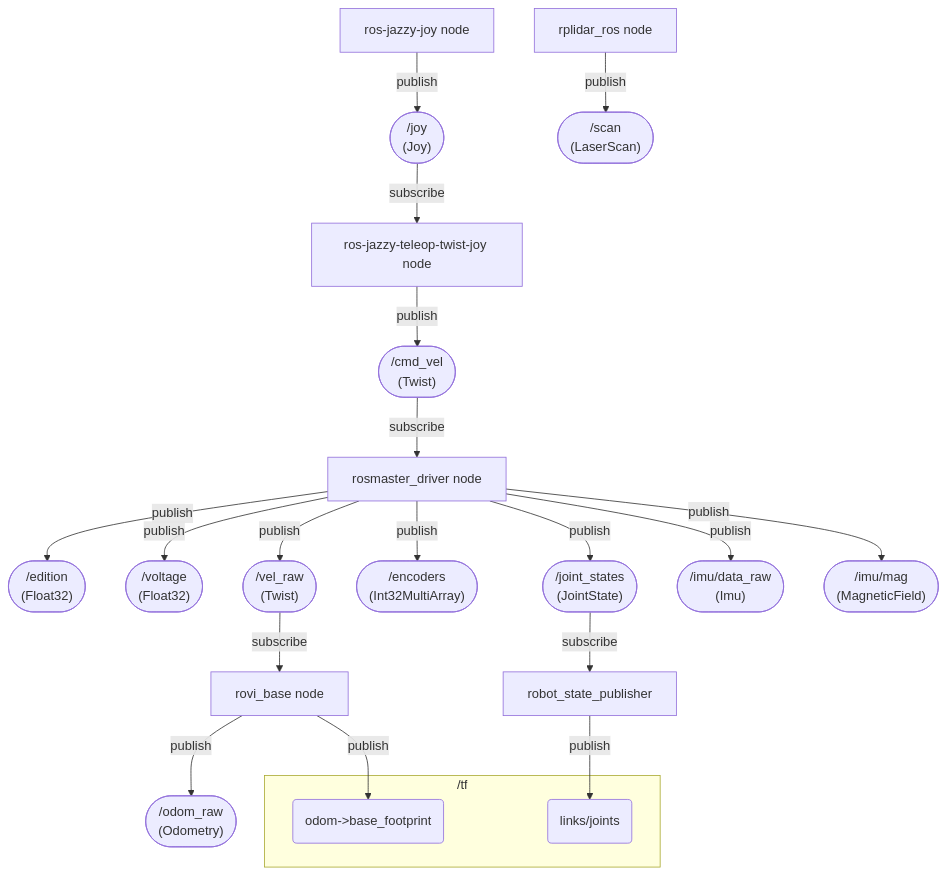
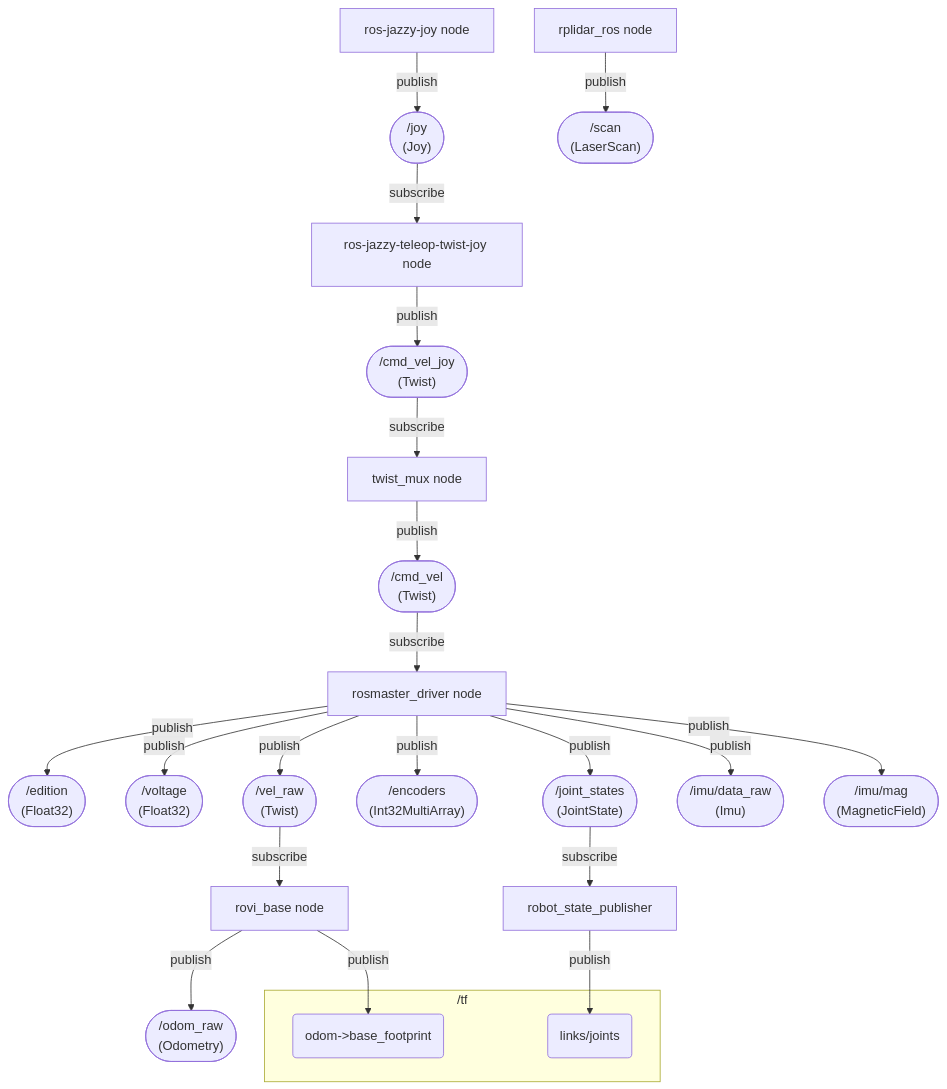
Before and after one commit to Roblibs/rovi_ros_ws: the first of 9 diagrams in README.md, drawn with Mermaid. The commit also changed other lines of this file, not shown here.

````diff
--- a/README.md
+++ b/README.md
@@ -142,50 +159,55 @@
 ```mermaid
 flowchart TD
   Rosmaster[rosmaster_driver node]
 
   Joystick["ros-jazzy-joy node"]
   JOY(["/joy<br/>(Joy)"])
   Joystick -->|publish| JOY
 
   RoviJoy["ros-jazzy-teleop-twist-joy node"]
   JOY -->|subscribe| RoviJoy
+  CMD_JOY(["/cmd_vel_joy<br/>(Twist)"])
+  RoviJoy -->|publish| CMD_JOY
+
+  TwistMux["twist_mux node"]
+  CMD_JOY -->|subscribe| TwistMux
   CMD(["/cmd_vel<br/>(Twist)"])
-  RoviJoy -->|publish| CMD
+  TwistMux -->|publish| CMD
 
   CMD -->|subscribe| Rosmaster
   EDT(["/edition<br/>(Float32)"])
   VOL(["/voltage<br/>(Float32)"])
   VRAW(["/vel_raw<br/>(Twist)"])
   JSTATE(["/joint_states<br/>(JointState)"])
   ENC(["/encoders<br/>(Int32MultiArray)"])
   IMU_RAW(["/imu/data_raw<br/>(Imu)"])
   MAG(["/imu/mag<br/>(MagneticField)"])
   Rosmaster -->|publish| EDT
   Rosmaster -->|publish| VOL
   Rosmaster -->|publish| VRAW
   Rosmaster -->|publish| ENC
   Rosmaster -->|publish| JSTATE
   Rosmaster -->|publish| IMU_RAW
   Rosmaster -->|publish| MAG
 
   RoviBase["rovi_base node"]
   VRAW -->|subscribe| RoviBase
   ODRAW(["/odom_raw<br/>(Odometry)"])
 
   subgraph TF["/tf"]
     TF_ODOM_BASE("odom->base_footprint")
     TF_LINKS_JOINTS("links/joints")
   end
 
   RoviBase -->|publish| ODRAW
   RoviBase -->|publish| TF_ODOM_BASE
 
   RSP["robot_state_publisher"]
   JSTATE -->|subscribe| RSP
   RSP -->|publish| TF_LINKS_JOINTS
 
   RPLidar["rplidar_ros node"]
   SCAN(["/scan<br/>(LaserScan)"])
   RPLidar -->|publish| SCAN
 
 ```
````
